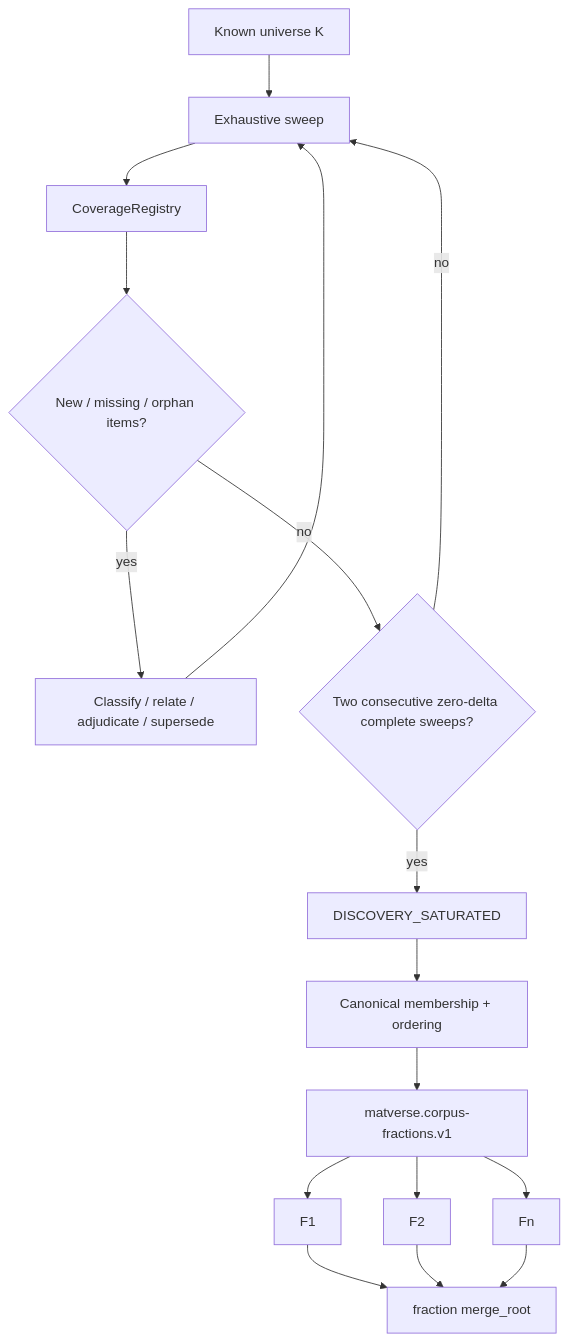
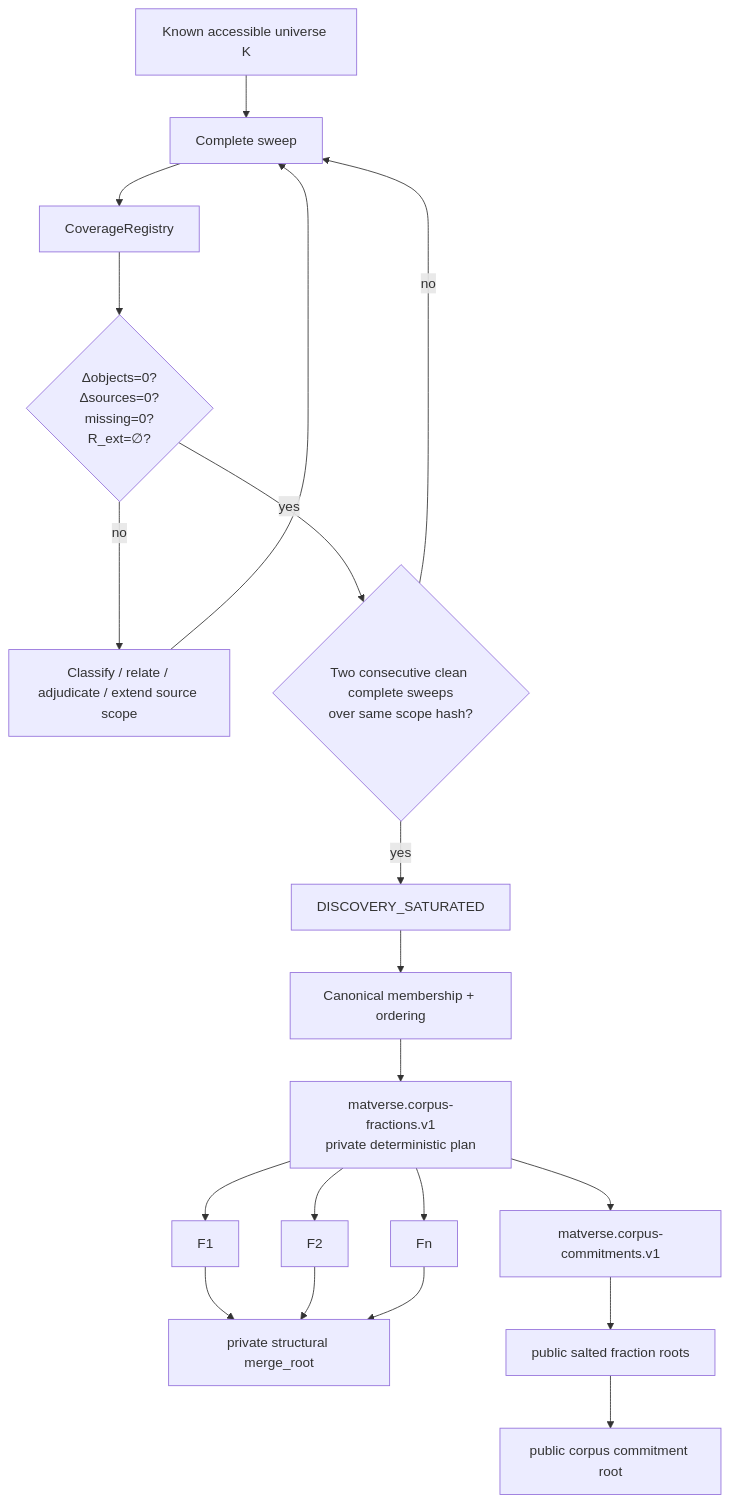
The third of 6 diagrams in docs/MATVERSE_SYSTEM_DIAGRAMS.md (MatVerse-py/Gpt-project-bridge), drawn with Mermaid before and after one commit. The commit also changed other lines of this file, not shown here.

Commit message:
docs: update diagrams for commitments, coverage closure and CanPublish

````diff
--- a/docs/MATVERSE_SYSTEM_DIAGRAMS.md
+++ b/docs/MATVERSE_SYSTEM_DIAGRAMS.md
@@ -59,20 +61,23 @@
 ```mermaid
 flowchart TD
-    K["Known universe K"] --> S1["Exhaustive sweep"]
+    K["Known accessible universe K"] --> S1["Complete sweep"]
     S1 --> CR["CoverageRegistry"]
-    CR --> Q{"New / missing / orphan items?"}
-    Q -->|yes| R["Classify / relate / adjudicate / supersede"]
+    CR --> D{"Δobjects=0?<br/>Δsources=0?<br/>missing=0?<br/>R_ext=∅?"}
+    D -->|no| R["Classify / relate / adjudicate / extend source scope"]
     R --> S1
-    Q -->|no| Z{"Two consecutive zero-delta complete sweeps?"}
+    D -->|yes| Z{"Two consecutive clean complete sweeps<br/>over same scope hash?"}
     Z -->|no| S1
     Z -->|yes| SAT["DISCOVERY_SATURATED"]
 
     SAT --> CM["Canonical membership + ordering"]
-    CM --> FP["matverse.corpus-fractions.v1"]
+    CM --> FP["matverse.corpus-fractions.v1<br/>private deterministic plan"]
     FP --> F1["F1"]
     FP --> F2["F2"]
     FP --> FN["Fn"]
-    F1 --> MR["fraction merge_root"]
-    F2 --> MR
-    FN --> MR
+    F1 --> SR["private structural merge_root"]
+    F2 --> SR
+    FN --> SR
+    FP --> HC["matverse.corpus-commitments.v1"]
+    HC --> PR["public salted fraction roots"]
+    PR --> CR2["public corpus commitment root"]
 ```
````
